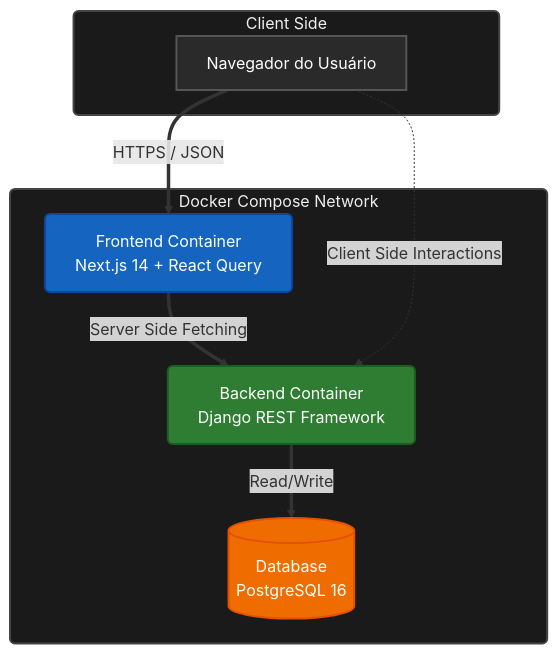
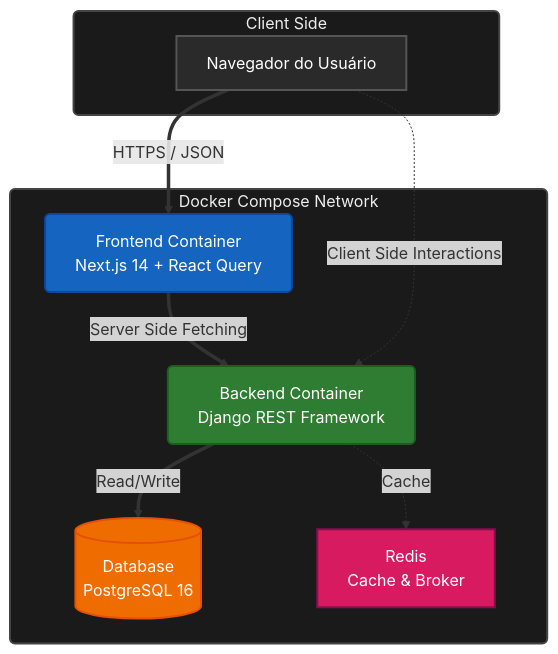
The first of 2 diagrams in README.md (paulojoseph/sigma-loc10), drawn with Mermaid before and after one commit. The commit also changed other lines of this file, not shown here.

````diff
--- a/README.md
+++ b/README.md
@@ -78,26 +78,29 @@
 ```mermaid
 graph TD
     %% Estilos Globais
     classDef default fill:#2a2a2a,stroke:#555,stroke-width:2px,color:#fff;
     classDef cluster fill:#1a1a1a,stroke:#444,stroke-width:2px,color:#eee,rx:5,ry:5;
 
     subgraph "Client Side"
         Browser[Navegador do Usuário]:::default
     end
 
     subgraph "Docker Compose Network"
         FE[Frontend Container<br/>Next.js 14 + React Query]
         API[Backend Container<br/>Django REST Framework]
         DB[(Database<br/>PostgreSQL 16)]
+        REDIS[Redis<br/>Cache & Broker]
     end
 
     Browser ==>|HTTPS / JSON| FE
     FE ==>|Server Side Fetching| API
     Browser -.->|Client Side Interactions| API
     API ==>|Read/Write| DB
+    API -.->|Cache| REDIS
     
     %% Cores Vibrantes (Dark Mode Friendly)
     style FE fill:#1565C0,stroke:#0D47A1,stroke-width:2px,color:#fff,rx:5,ry:5
     style API fill:#2E7D32,stroke:#1B5E20,stroke-width:2px,color:#fff,rx:5,ry:5
     style DB fill:#EF6C00,stroke:#E65100,stroke-width:2px,color:#fff
+    style REDIS fill:#D81B60,stroke:#880E4F,stroke-width:2px,color:#fff
 ```
````
